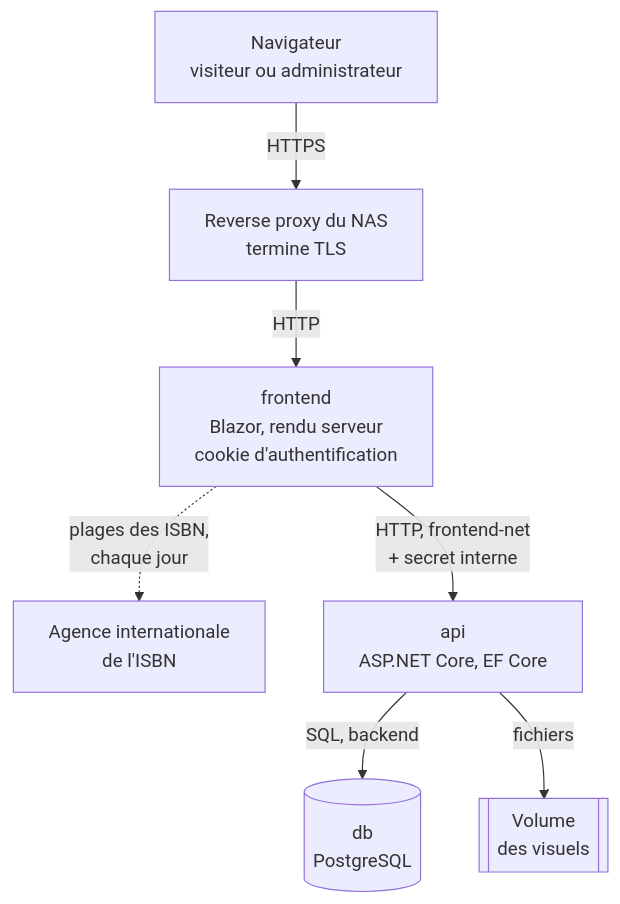
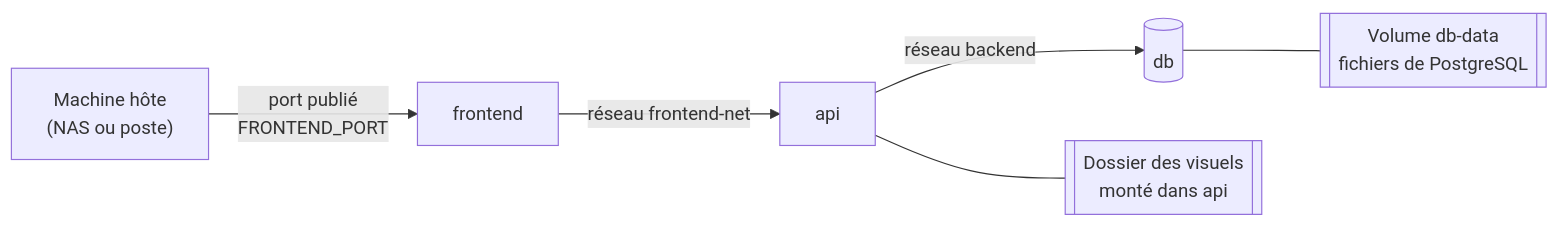
One commit to Tetram76/bdtheque-claude changed the first of 2 diagrams in docs/tech/architecture/vue-d-ensemble.md. Above: the diagram before and after it, drawn with Mermaid. The commit also changed other lines of this file and 3 other files, not shown here.

First line of the commit message:
docs(tech): architecture réécrite pour un lecteur humain

````diff
--- a/docs/tech/architecture/vue-d-ensemble.md
+++ b/docs/tech/architecture/vue-d-ensemble.md
@@ -18,17 +20,15 @@
 ```mermaid
-flowchart TB
-    browser["Navigateur<br/>visiteur ou administrateur"]
-    proxy["Reverse proxy du NAS<br/>termine TLS"]
-    frontend["frontend<br/>Blazor, rendu serveur<br/>cookie d'authentification"]
-    isbn["Agence internationale<br/>de l'ISBN"]
-    api["api<br/>ASP.NET Core, EF Core"]
-    db[("db<br/>PostgreSQL")]
-    visuals[["Volume<br/>des visuels"]]
+flowchart LR
+    host["Machine hôte<br/>(NAS ou poste)"]
+    frontend["frontend"]
+    api["api"]
+    db[("db")]
+    dbdata[["Volume db-data<br/>fichiers de PostgreSQL"]]
+    visuals[["Dossier des visuels<br/>monté dans api"]]
 
-    browser -- "HTTPS" --> proxy
-    proxy -- "HTTP" --> frontend
-    frontend -. "plages des ISBN,<br/>chaque jour" .-> isbn
-    frontend -- "HTTP, frontend-net<br/>+ secret interne" --> api
-    api -- "SQL, backend" --> db
-    api -- "fichiers" --> visuals
+    host -- "port publié<br/>FRONTEND_PORT" --> frontend
+    frontend -- "réseau frontend-net" --> api
+    api -- "réseau backend" --> db
+    db --- dbdata
+    api --- visuals
 ```
````
